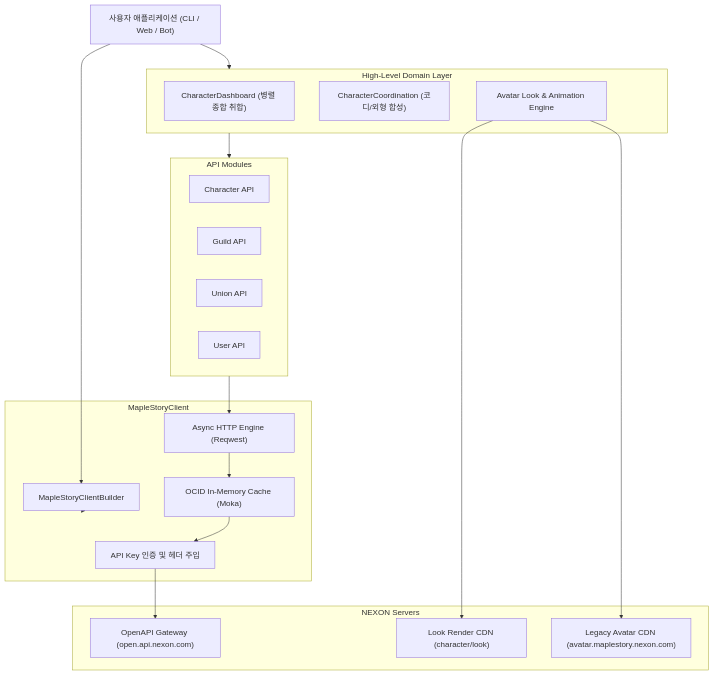
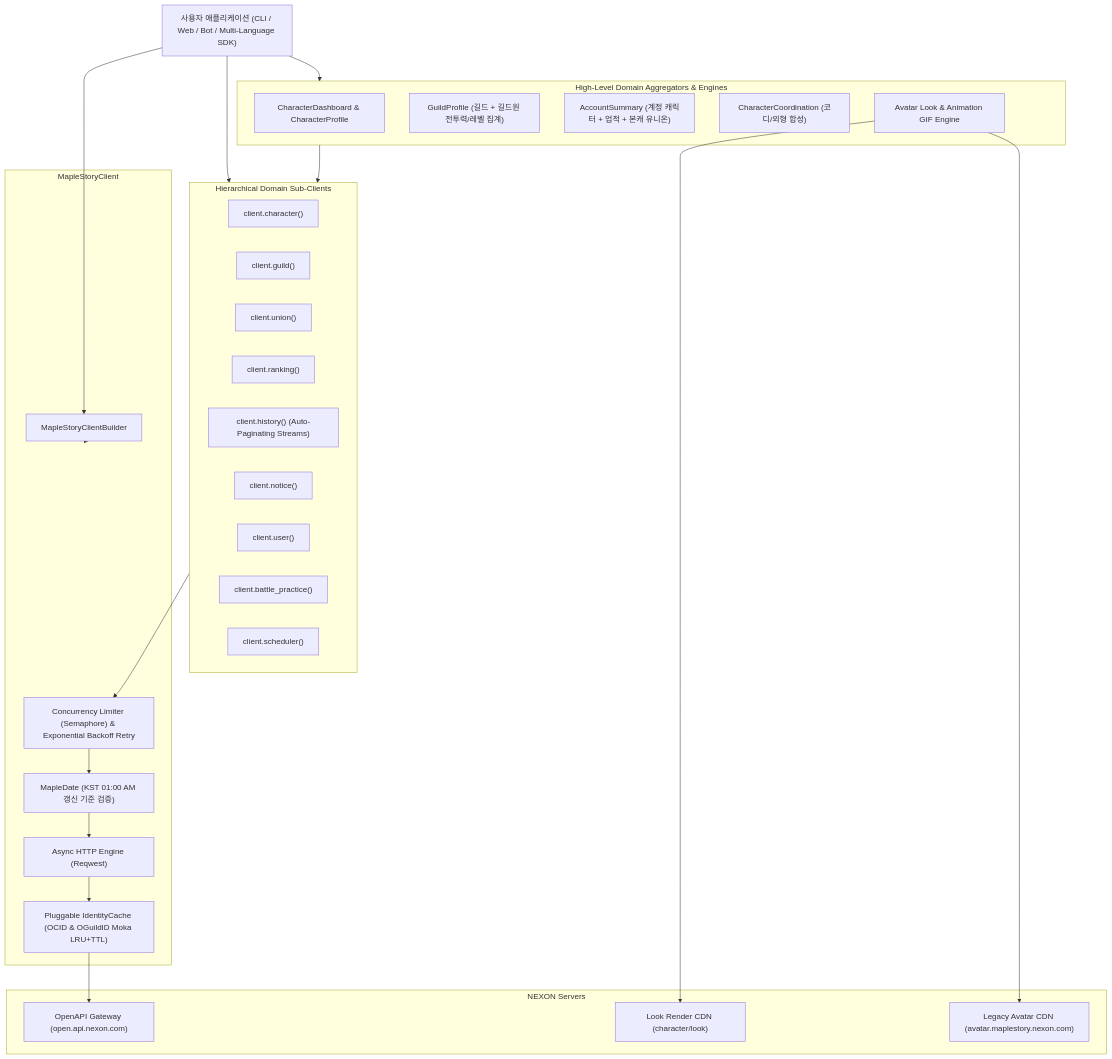
One commit to nanpuhaha/MapleStory-OpenAPI changed the diagram in docs/architecture.md. Above: the diagram before and after it, drawn with Mermaid. The commit also changed other lines of this file and 7 other files, not shown here.

Commit message:
docs: synchronize README, architecture guides, and examples with roadmap features (#15)

````diff
--- a/docs/architecture.md
+++ b/docs/architecture.md
@@ -8,41 +8,51 @@
 ```mermaid
 flowchart TD
-    User["사용자 애플리케이션 (CLI / Web / Bot)"]
+    User["사용자 애플리케이션 (CLI / Web / Bot / Multi-Language SDK)"]
     
     subgraph Client["MapleStoryClient"]
         Builder["MapleStoryClientBuilder"]
-        Auth["API Key 인증 및 헤더 주입"]
-        Cache["OCID In-Memory Cache (Moka)"]
+        Limiter["Concurrency Limiter (Semaphore) & Exponential Backoff Retry"]
+        DateVal["MapleDate (KST 01:00 AM 갱신 기준 검증)"]
+        Cache["Pluggable IdentityCache (OCID & OGuildID Moka LRU+TTL)"]
         HTTP["Async HTTP Engine (Reqwest)"]
     end
     
-    subgraph Modules["API Modules"]
-        Char["Character API"]
-        GuildMod["Guild API"]
-        UnionMod["Union API"]
-        UserMod["User API"]
+    subgraph SubClients["Hierarchical Domain Sub-Clients"]
+        Char["client.character()"]
+        GuildMod["client.guild()"]
+        UnionMod["client.union()"]
+        RankMod["client.ranking()"]
+        HistMod["client.history() (Auto-Paginating Streams)"]
+        NoticeMod["client.notice()"]
+        UserMod["client.user()"]
+        BattleMod["client.battle_practice()"]
+        SchedMod["client.scheduler()"]
     end
     
-    subgraph HighLevel["High-Level Domain Layer"]
-        Dashboard["CharacterDashboard (병렬 종합 취합)"]
+    subgraph HighLevel["High-Level Domain Aggregators & Engines"]
+        Dashboard["CharacterDashboard & CharacterProfile"]
+        GuildProf["GuildProfile (길드 + 길드원 전투력/레벨 집계)"]
+        AccSum["AccountSummary (계정 캐릭터 + 업적 + 본캐 유니온)"]
         Coordination["CharacterCoordination (코디/외형 합성)"]
-        AvatarEngine["Avatar Look & Animation Engine"]
+        AvatarEngine["Avatar Look & Animation GIF Engine"]
     end
     
     subgraph Nexon["NEXON Servers"]
         API["OpenAPI Gateway (open.api.nexon.com)"]
         LookCDN["Look Render CDN (character/look)"]
         AvatarCDN["Legacy Avatar CDN (avatar.maplestory.nexon.com)"]
     end
     
     User --> Builder
     Builder --> Client
+    User --> SubClients
     User --> HighLevel
-    HighLevel --> Modules
-    Modules --> HTTP
+    HighLevel --> SubClients
+    SubClients --> Limiter
+    Limiter --> DateVal
+    DateVal --> HTTP
     HTTP --> Cache
-    Cache --> Auth
-    Auth --> API
+    Cache --> API
     AvatarEngine --> LookCDN
     AvatarEngine --> AvatarCDN
 ```
````
